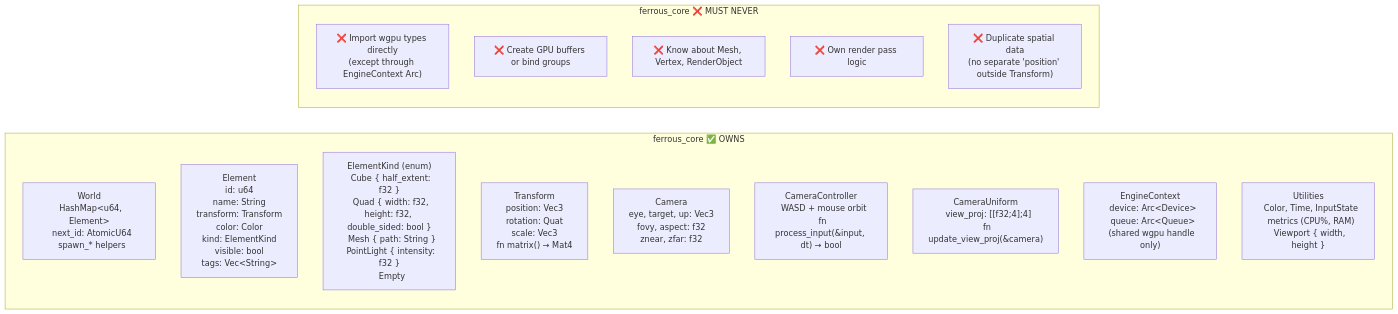
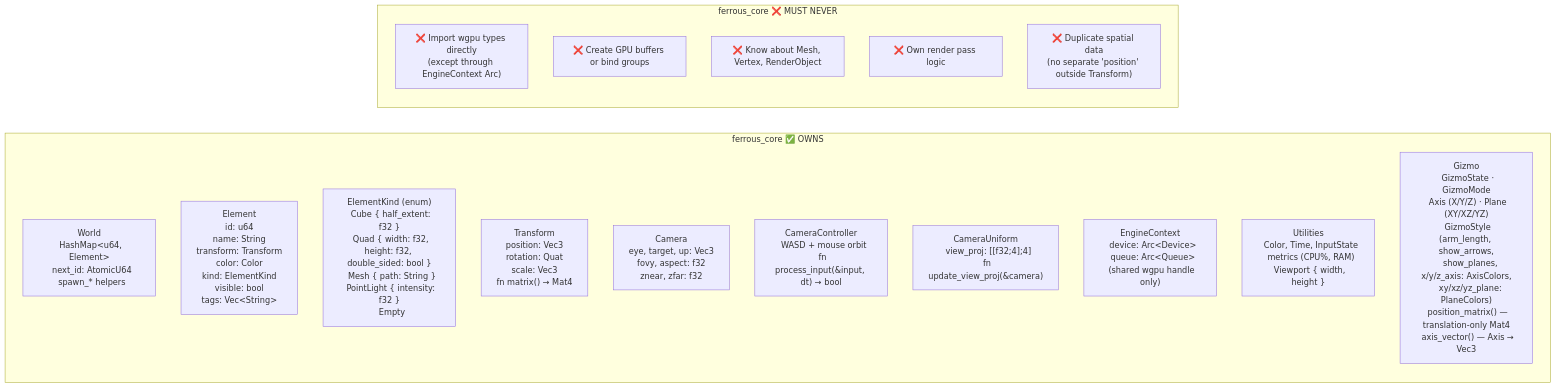
One commit to jvchiappini/FerrousEngine changed the first of 7 diagrams in flowmaps/crate-responsibilities.md. Above: the diagram before and after it, drawn with Mermaid. The commit also changed other lines of this file and 11 other files, not shown here.

````diff
--- a/flowmaps/crate-responsibilities.md
+++ b/flowmaps/crate-responsibilities.md
@@ -9,22 +9,23 @@
 ```mermaid
 graph LR
     subgraph "ferrous_core  ✅ OWNS"
         C1["World\n  HashMap&lt;u64, Element&gt;\n  next_id: AtomicU64\n  spawn_* helpers"]
         C2["Element\n  id: u64\n  name: String\n  transform: Transform\n  color: Color\n  kind: ElementKind\n  visible: bool\n  tags: Vec&lt;String&gt;"]
         C3["ElementKind (enum)\n  Cube { half_extent: f32 }\n  Quad { width: f32, height: f32, double_sided: bool }\n  Mesh { path: String }\n  PointLight { intensity: f32 }\n  Empty"]
         C4["Transform\n  position: Vec3\n  rotation: Quat\n  scale: Vec3\n  fn matrix() → Mat4"]
         C5["Camera\n  eye, target, up: Vec3\n  fovy, aspect: f32\n  znear, zfar: f32"]
         C6["CameraController\n  WASD + mouse orbit\n  fn process_input(&input, dt) → bool"]
         C7["CameraUniform\n  view_proj: [[f32;4];4]\n  fn update_view_proj(&camera)"]
         C8["EngineContext\n  device: Arc&lt;Device&gt;\n  queue: Arc&lt;Queue&gt;\n  (shared wgpu handle only)"]
         C9["Utilities\n  Color, Time, InputState\n  metrics (CPU%, RAM)\n  Viewport { width, height }"]
+        C10["Gizmo\n  GizmoState · GizmoMode\n  Axis (X/Y/Z) · Plane (XY/XZ/YZ)\n  GizmoStyle (arm_length, show_arrows,\n    show_planes, x/y/z_axis: AxisColors,\n    xy/xz/yz_plane: PlaneColors)\n  position_matrix() — translation-only Mat4\n  axis_vector() — Axis → Vec3"]
     end
 
     subgraph "ferrous_core  ❌ MUST NEVER"
         X1["❌ Import wgpu types directly\n(except through EngineContext Arc)"]
         X2["❌ Create GPU buffers or bind groups"]
         X3["❌ Know about Mesh, Vertex, RenderObject"]
         X4["❌ Own render pass logic"]
         X5["❌ Duplicate spatial data\n(no separate 'position' outside Transform)"]
     end
 ```
````
